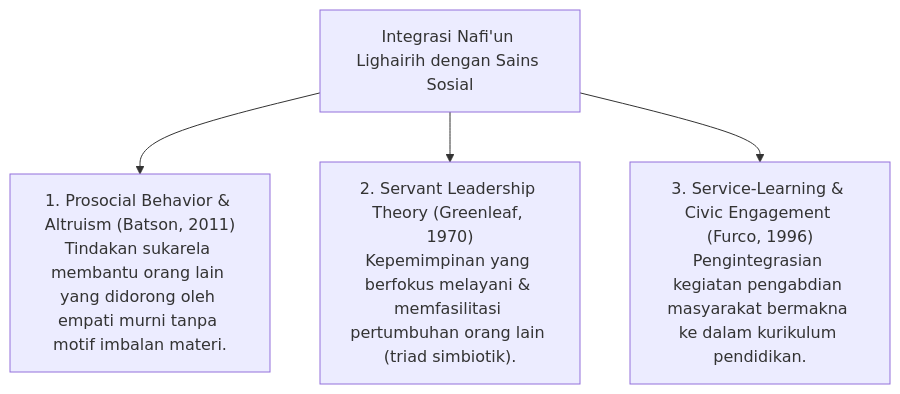
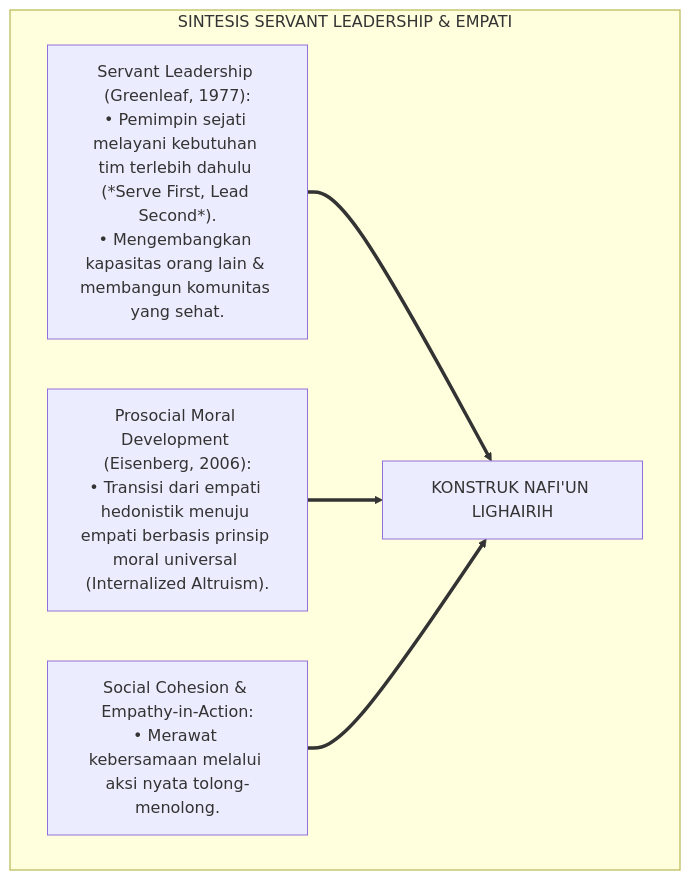
One commit to wandiapriliyandi/tumbuh changed the third of 7 diagrams in 03 Capacity Framework/13 Nafi'un Lighairih/P3-13-02-Definisi-dan-Konseptualisasi.md. Above: the diagram before and after it, drawn with Mermaid. The commit also changed other lines of this file and 14 other files, not shown here.

Commit message:
docs(03-capacity): complete all 15 research monographs for 13 Nafi'un Lighairih

````diff
--- a/03 Capacity Framework/13 Nafi'un Lighairih/P3-13-02-Definisi-dan-Konseptualisasi.md
+++ b/03 Capacity Framework/13 Nafi'un Lighairih/P3-13-02-Definisi-dan-Konseptualisasi.md
@@ -17,8 +99,12 @@
 ```mermaid
-graph TD
-    Nafi_SEL["Integrasi Nafi'un Lighairih dengan Sains Sosial"]
-    
-    Nafi_SEL --> S1["1. Prosocial Behavior & Altruism (Batson, 2011)<br/>Tindakan sukarela membantu orang lain yang didorong oleh empati murni tanpa motif imbalan materi."]
-    Nafi_SEL --> S2["2. Servant Leadership Theory (Greenleaf, 1970)<br/>Kepemimpinan yang berfokus melayani & memfasilitasi pertumbuhan orang lain (triad simbiotik)."]
-    Nafi_SEL --> S3["3. Service-Learning & Civic Engagement (Furco, 1996)<br/>Pengintegrasian kegiatan pengabdian masyarakat bermakna ke dalam kurikulum pendidikan."]
+flowchart TD
+    subgraph SainsEmpatiDanServantLeadership["SINTESIS SERVANT LEADERSHIP & EMPATI"]
+        ServantLeadership["Servant Leadership (Greenleaf, 1977):<br/>• Pemimpin sejati melayani kebutuhan tim terlebih dahulu (*Serve First, Lead Second*).<br/>• Mengembangkan kapasitas orang lain & membangun komunitas yang sehat."]
+        
+        ProsocialDevelopment["Prosocial Moral Development (Eisenberg, 2006):<br/>• Transisi dari empati hedonistik menuju empati berbasis prinsip moral universal (Internalized Altruism)."]
+        
+        SocialCohesion["Social Cohesion & Empathy-in-Action:<br/>• Merawat kebersamaan melalui aksi nyata tolong-menolong."]
+        
+        ServantLeadership & ProsocialDevelopment & SocialCohesion ==> StandarTUMBUH["KONSTRUK NAFI'UN LIGHAIRIH"]
+    end
 ```
````
